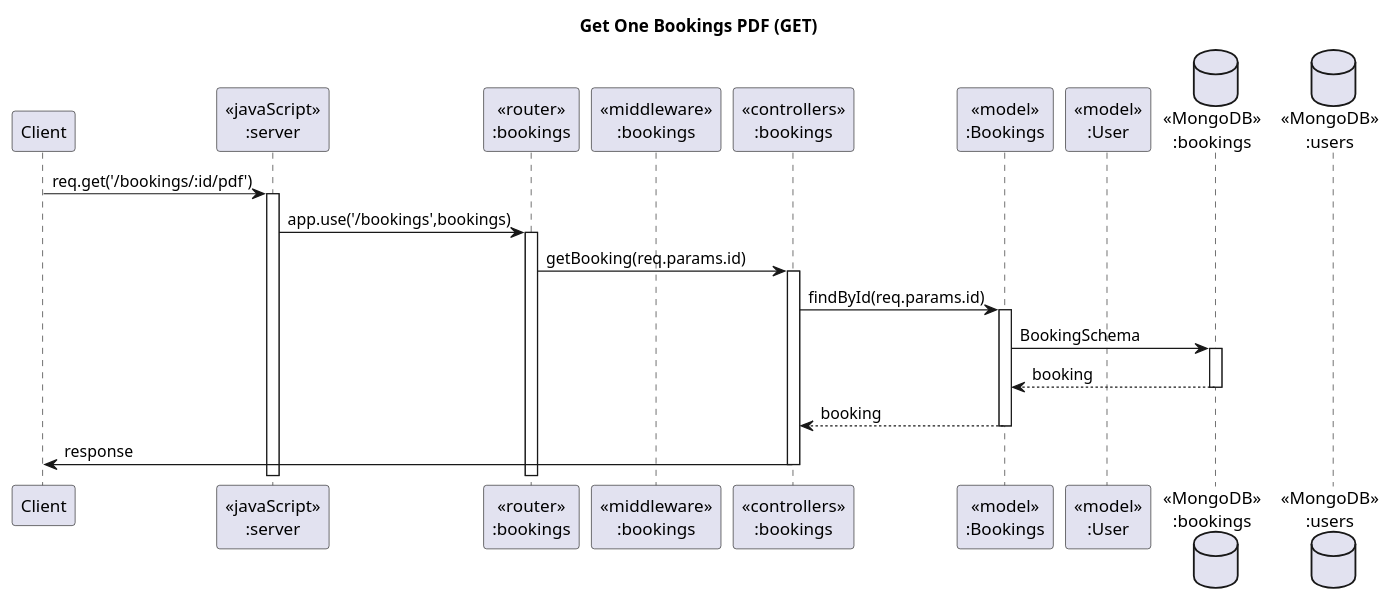
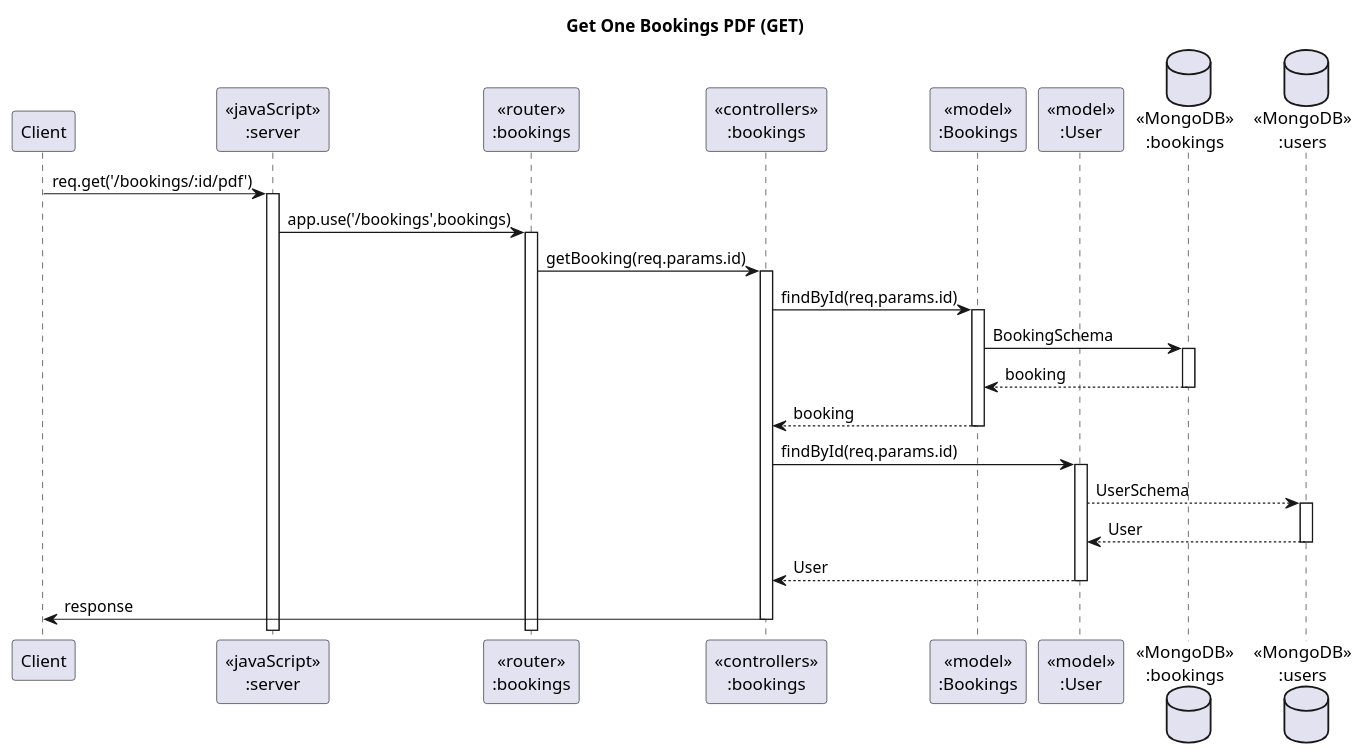
One commit to podesport/SWPrac-proj changed the diagram in plant_uml/sequenceDiagrams/bookings/getBookingPDF.puml. Above: the diagram before and after it, drawn with PlantUML. The commit also changed 4 other files, not shown here.

```diff
--- a/plant_uml/sequenceDiagrams/bookings/getBookingPDF.puml
+++ b/plant_uml/sequenceDiagrams/bookings/getBookingPDF.puml
@@ -1,25 +1,31 @@
 @startuml Get One Bookings PDF
 
 ' header Hotel Registration Sequence Diagram
 title "Get One Bookings PDF (GET)"
 
 participant "Client" as client
 participant "<<javaScript>>\n:server" as server
 participant "<<router>>\n:bookings" as routerBookings
-participant "<<middleware>>\n:bookings" as middlewareAuth
+' participant "<<middleware>>\n:bookings" as middlewareAuth
 participant "<<controllers>>\n:bookings" as controllersBooking
 participant "<<model>>\n:Bookings" as modelBooking
 participant "<<model>>\n:User" as modelUser
 database "<<MongoDB>>\n:bookings" as BookingDatabase
 database "<<MongoDB>>\n:users" as UserDatabase
 
 client->server ++:req.get('/bookings/:id/pdf')
 server->routerBookings ++:app.use('/bookings',bookings)
 routerBookings -> controllersBooking ++:getBooking(req.params.id)
 controllersBooking->modelBooking ++: findById(req.params.id)
 modelBooking ->BookingDatabase ++: BookingSchema
 BookingDatabase --> modelBooking --: booking
 controllersBooking <-- modelBooking --: booking
+
+controllersBooking->modelUser ++: findById(req.params.id)
+modelUser --> UserDatabase ++: UserSchema
+UserDatabase --> modelUser --: User
+controllersBooking <-- modelUser --: User
+
 controllersBooking->client --:response
 
 @enduml
```
